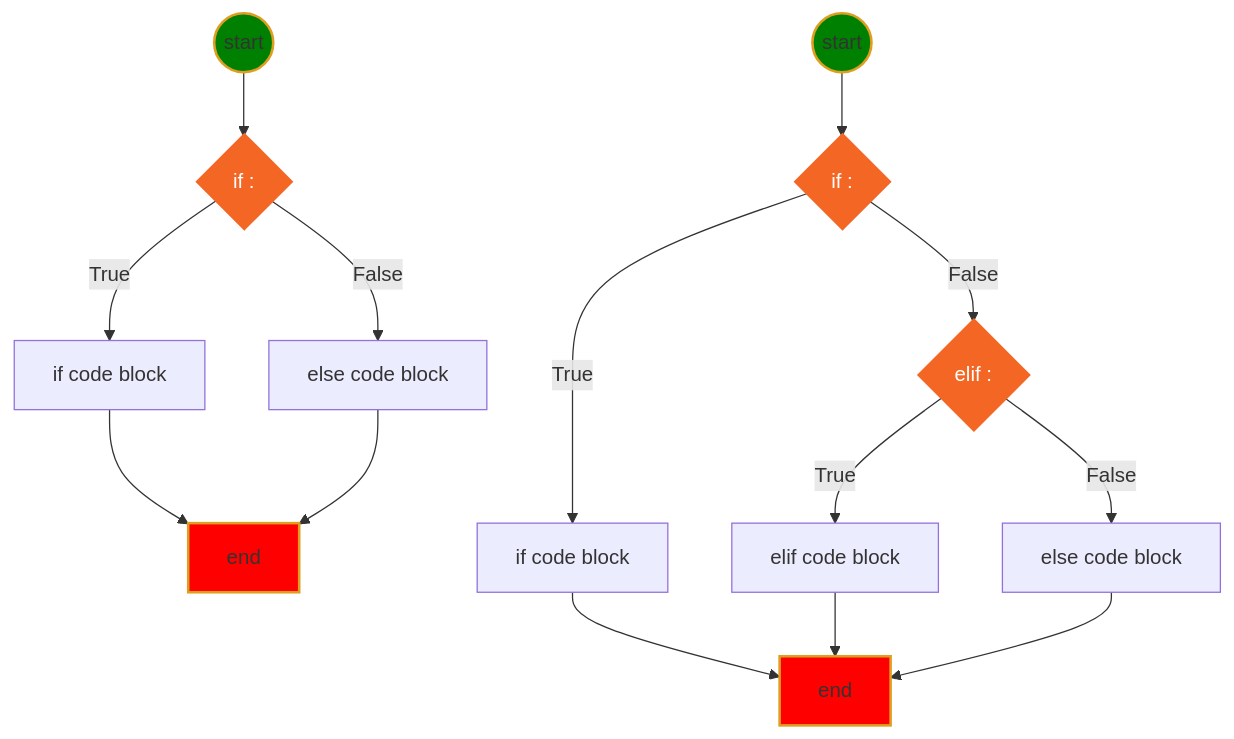
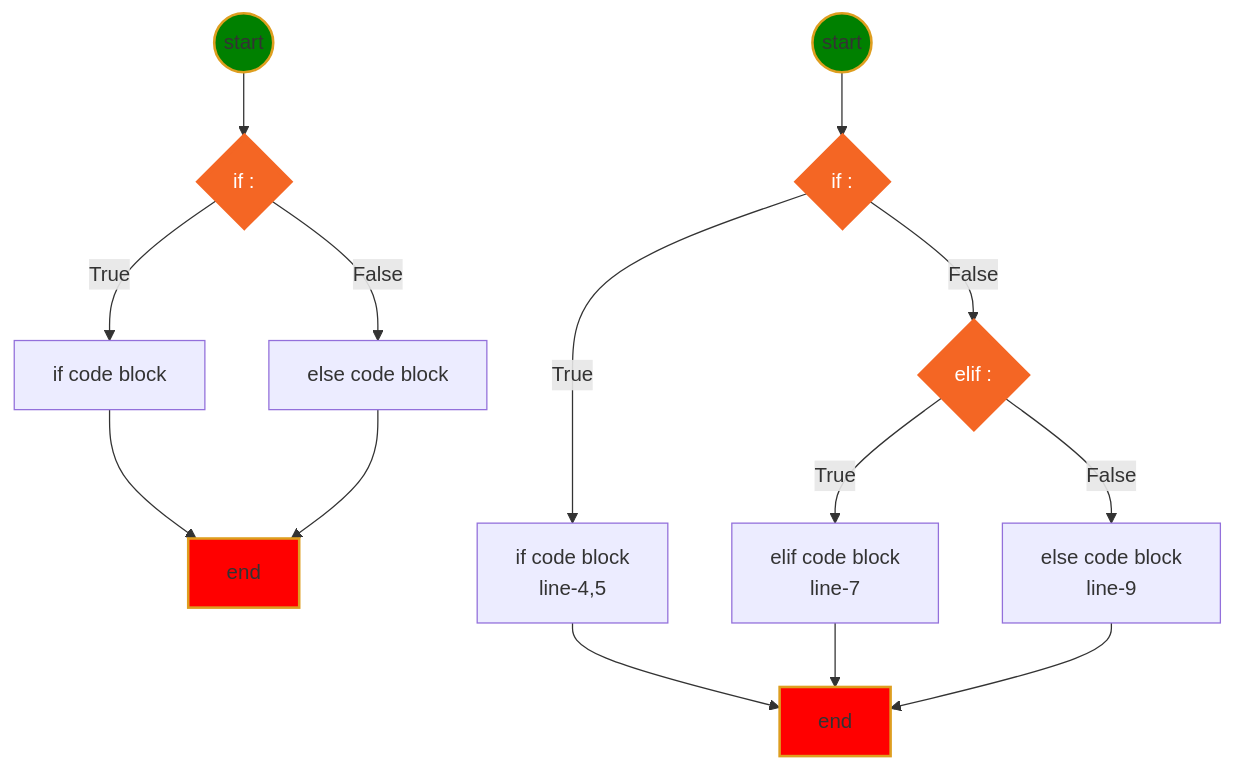
The first of 2 diagrams in doc/python.md (terrenceliu01/python1), drawn with Mermaid before and after one commit. The commit also changed other lines of this file and 7 other files, not shown here.

````diff
--- a/doc/python.md
+++ b/doc/python.md
@@ -88,35 +119,35 @@
 ```mermaid
 graph TB
 A((start))
 B{if <condition>:}
 C[if code block]
 D[else code block]
 E[end]
 
 
 A-->B
 B--True-->C-->E
 B--False-->D-->E
 
 A1((start))
 B1{if <condition>:}
 B2{elif <condition>:}
-C1[if code block]
-D1[elif code block]
+C1[if code block<br>line-4,5]
+D1[elif code block<br>line-7]
 E1[end]
-F1[else code block]
+F1[else code block<br>line-9]
 
 A1-->B1
 B1--True-->C1-->E1
 B1--False-->B2--True-->D1-->E1
 B2--False-->F1-->E1
 
 
 classDef html fill:#F46624,stroke:#F46624,stroke-width:4px,color:white;
 classDef js fill:yellow,stroke:#DE9E1F,stroke-width:2px;
 classDef start fill:green,stroke:#DE9E1F,stroke-width:2px;
 classDef end1 fill:red,stroke:#DE9E1F,stroke-width:2px;
 class A,A1 start
 class B,B1,B2 html
 class E,E1 end1
 ```
````
